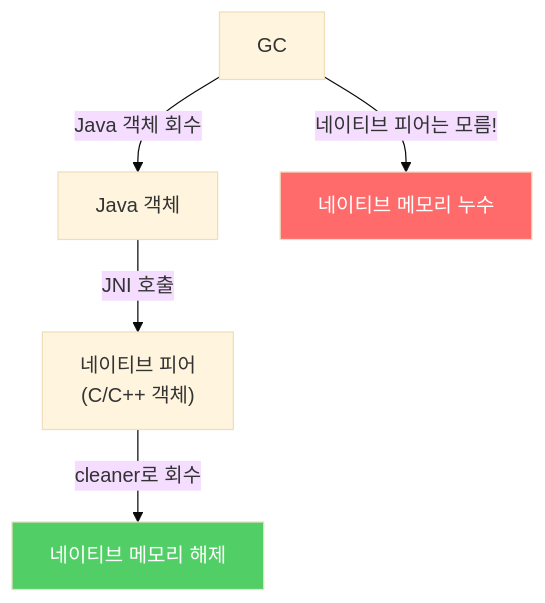
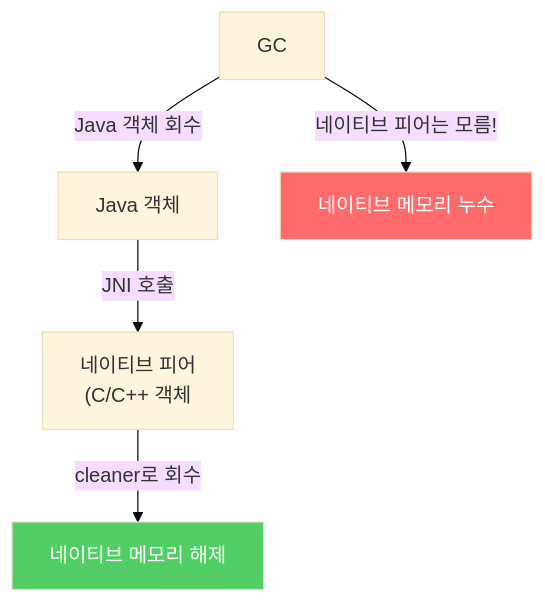
Before and after one commit to yjkim2015/yjkim2015.github.io: the second of 3 diagrams in _posts/java/2021-12-20-effective-java8.md, drawn with Mermaid (base theme). The commit also changed other lines of this file and 271 other files, not shown here.

First line of the commit message:
Mermaid 라벨 축소: 긴 노드 텍스트 18자 이하로 트림 + \n 제거

````diff
--- a/_posts/java/2021-12-20-effective-java8.md
+++ b/_posts/java/2021-12-20-effective-java8.md
@@ -170,9 +170,9 @@
 ```mermaid
 graph TD
-    A["Java 객체"] -->|"JNI 호출"| B["네이티브 피어\n(C/C++ 객체)"]
+    A["Java 객체"] -->|"JNI 호출"| B["네이티브 피어\n(C/C++ 객체"]
     C["GC"] -->|"Java 객체 회수"| A
     C -->|"네이티브 피어는 모름!"| D["네이티브 메모리 누수"]
     B -->|"cleaner로 회수"| E["네이티브 메모리 해제"]
     style D fill:#ff6b6b,color:#fff
     style E fill:#51cf66,color:#fff
 ```
````
